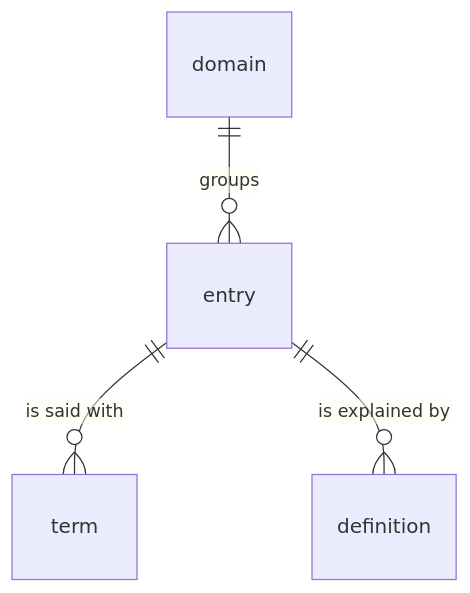
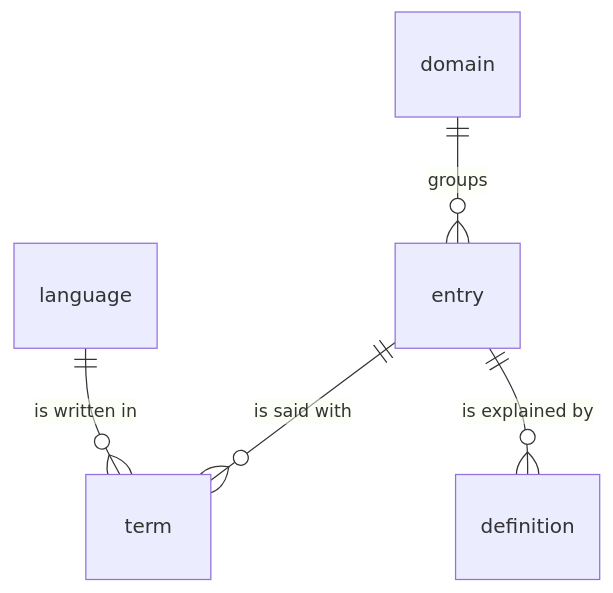
Before and after one commit to ysfztpp/TermQuake: the first of 2 diagrams in README.md, drawn with Mermaid. The commit also changed other lines of this file and 25 other files, not shown here.

````diff
--- a/README.md
+++ b/README.md
@@ -16,6 +15,7 @@
 ```mermaid
 erDiagram
-    domain ||--o{ entry : groups
-    entry  ||--o{ term : "is said with"
-    entry  ||--o{ definition : "is explained by"
+    domain   ||--o{ entry : groups
+    entry    ||--o{ term : "is said with"
+    entry    ||--o{ definition : "is explained by"
+    language ||--o{ term : "is written in"
 ```
````
